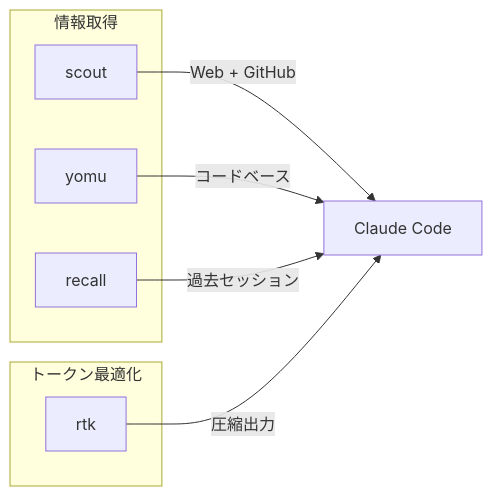
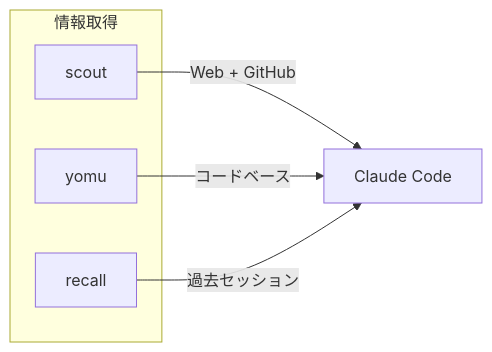
The diagram in .ja/docs/CLI_TOOLS.md (thkt/dotclaude), drawn with Mermaid before and after one commit. The commit also changed other lines of this file and 3 other files, not shown here.

````diff
--- a/.ja/docs/CLI_TOOLS.md
+++ b/.ja/docs/CLI_TOOLS.md
@@ -13,17 +13,12 @@
 ```mermaid
 graph LR
     subgraph Search["情報取得"]
         SC[scout]
         YO[yomu]
         RE[recall]
     end
 
-    subgraph Optimization["トークン最適化"]
-        RTK[rtk]
-    end
-
     SC -->|Web + GitHub| AI[Claude Code]
     YO -->|コードベース| AI
     RE -->|過去セッション| AI
-    RTK -->|圧縮出力| AI
 ```
````
